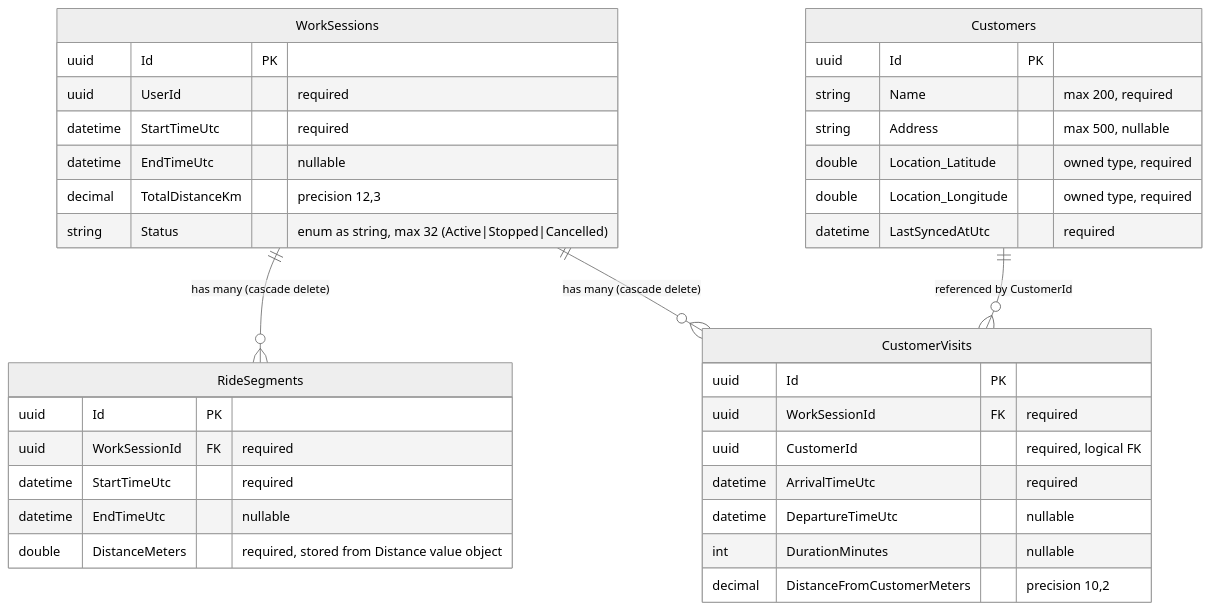
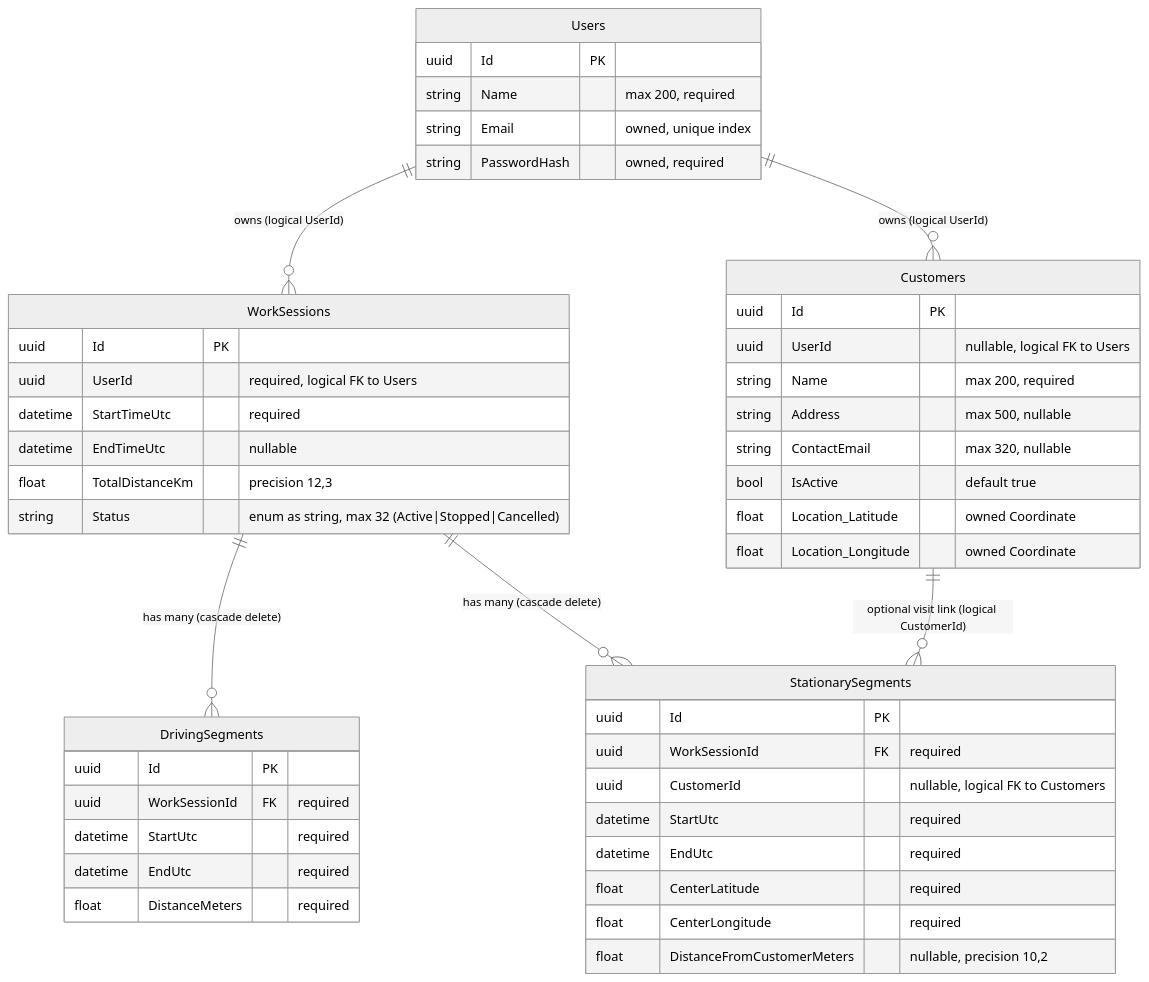
Before and after one commit to Luukvosje/MAUI_Project_Luuk: the first of 3 diagrams in database-erd.md, drawn with Mermaid (neutral theme). The commit also changed other lines of this file and 150 other files, not shown here.

````diff
--- a/database-erd.md
+++ b/database-erd.md
@@ -22,42 +20,54 @@
 ```mermaid
 erDiagram
-    WorkSessions ||--o{ RideSegments : "has many (cascade delete)"
-    WorkSessions ||--o{ CustomerVisits : "has many (cascade delete)"
-    Customers ||--o{ CustomerVisits : "referenced by CustomerId"
+    Users ||--o{ WorkSessions : "owns (logical UserId)"
+    Users ||--o{ Customers : "owns (logical UserId)"
+    WorkSessions ||--o{ DrivingSegments : "has many (cascade delete)"
+    WorkSessions ||--o{ StationarySegments : "has many (cascade delete)"
+    Customers ||--o{ StationarySegments : "optional visit link (logical CustomerId)"
+
+    Users {
+        uuid Id PK
+        string Name "max 200, required"
+        string Email "owned, unique index"
+        string PasswordHash "owned, required"
+    }
 
     WorkSessions {
         uuid Id PK
-        uuid UserId "required"
+        uuid UserId "required, logical FK to Users"
         datetime StartTimeUtc "required"
         datetime EndTimeUtc "nullable"
-        decimal TotalDistanceKm "precision 12,3"
+        float TotalDistanceKm "precision 12,3"
         string Status "enum as string, max 32 (Active|Stopped|Cancelled)"
     }
 
-    RideSegments {
+    DrivingSegments {
         uuid Id PK
         uuid WorkSessionId FK "required"
-        datetime StartTimeUtc "required"
-        datetime EndTimeUtc "nullable"
-        double DistanceMeters "required, stored from Distance value object"
+        datetime StartUtc "required"
+        datetime EndUtc "required"
+        float DistanceMeters "required"
     }
 
-    CustomerVisits {
+    StationarySegments {
         uuid Id PK
         uuid WorkSessionId FK "required"
-        uuid CustomerId "required, logical FK"
-        datetime ArrivalTimeUtc "required"
-        datetime DepartureTimeUtc "nullable"
-        int DurationMinutes "nullable"
-        decimal DistanceFromCustomerMeters "precision 10,2"
+        uuid CustomerId "nullable, logical FK to Customers"
+        datetime StartUtc "required"
+        datetime EndUtc "required"
+        float CenterLatitude "required"
+        float CenterLongitude "required"
+        float DistanceFromCustomerMeters "nullable, precision 10,2"
     }
 
     Customers {
         uuid Id PK
+        uuid UserId "nullable, logical FK to Users"
         string Name "max 200, required"
         string Address "max 500, nullable"
-        double Location_Latitude "owned type, required"
-        double Location_Longitude "owned type, required"
-        datetime LastSyncedAtUtc "required"
+        string ContactEmail "max 320, nullable"
+        bool IsActive "default true"
+        float Location_Latitude "owned Coordinate"
+        float Location_Longitude "owned Coordinate"
     }
 ```
````
